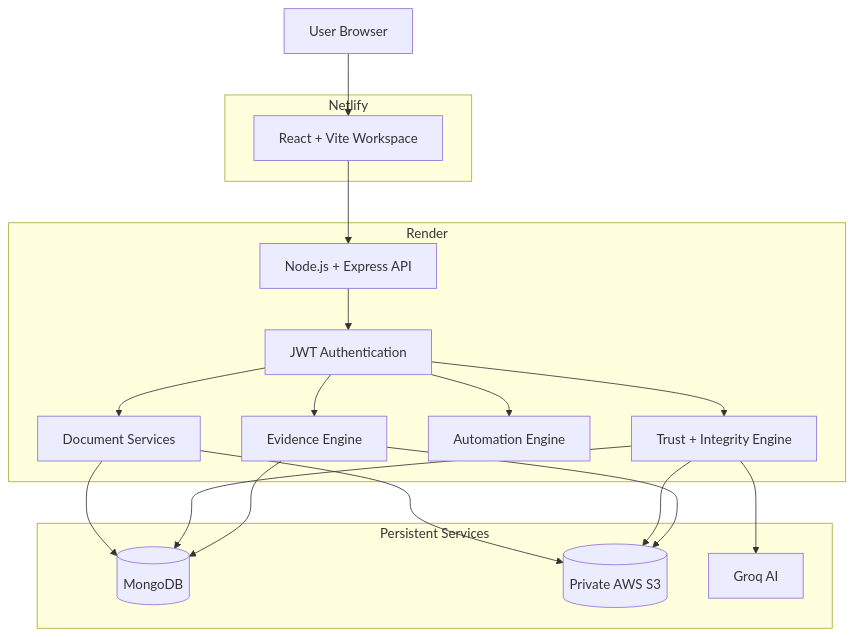
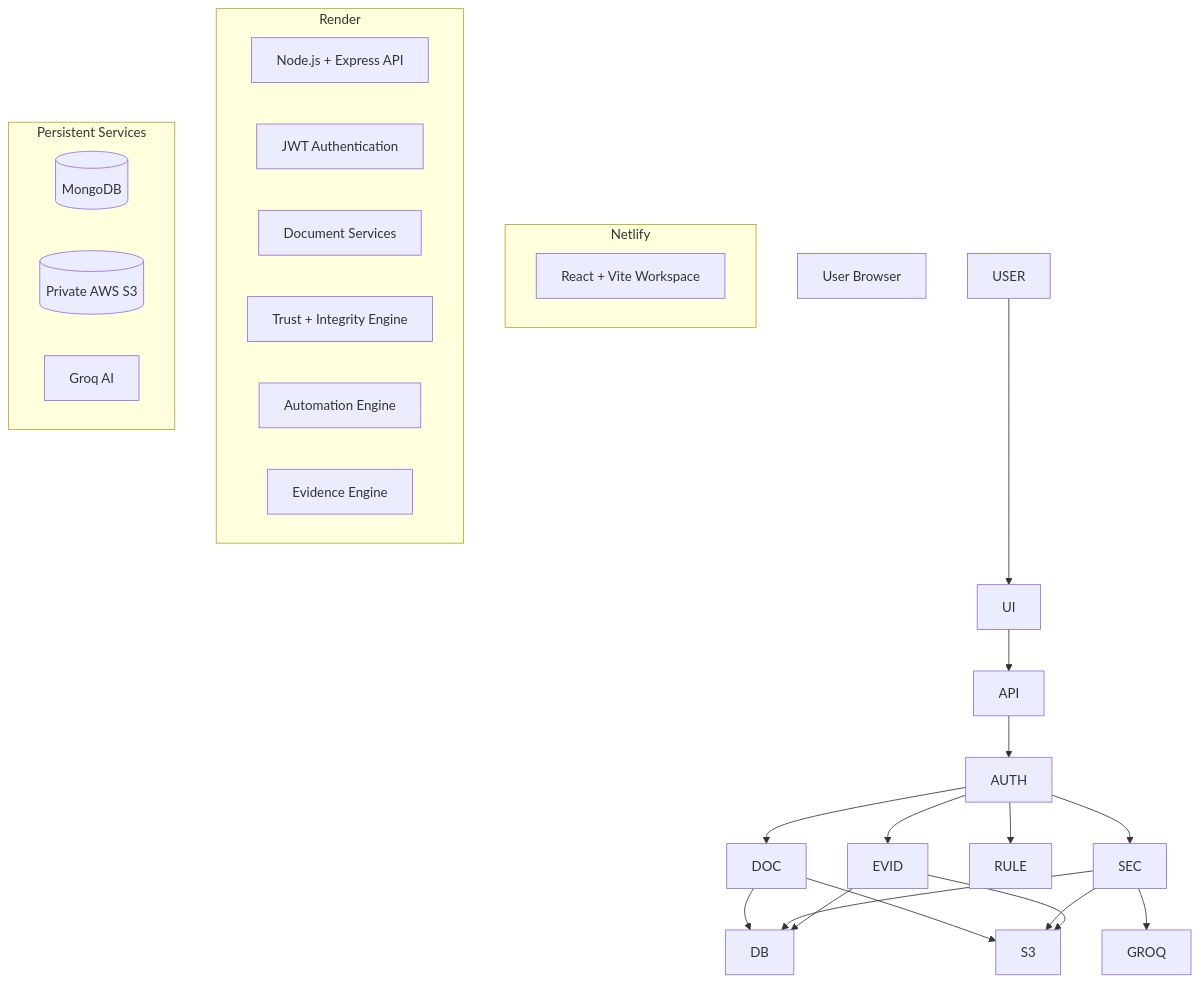
The second of 2 diagrams in README.md (Vishal619-dubey/AutoFlow-AI), drawn with Mermaid before and after one commit. The commit also changed other lines of this file, not shown here.

Commit message:
Update README with Google Sign-In and current architecture

````diff
--- a/README.md
+++ b/README.md
@@ -665,45 +605,45 @@
 ```mermaid
 flowchart TB
 
-    USER[User Browser]
+    USER\[User Browser]
 
-    subgraph FRONTEND[Netlify]
-        UI[React + Vite Workspace]
+    subgraph FRONTEND\[Netlify]
+        UI\[React + Vite Workspace]
     end
 
-    subgraph BACKEND[Render]
-        API[Node.js + Express API]
-        AUTH[JWT Authentication]
-        DOC[Document Services]
-        SEC[Trust + Integrity Engine]
-        RULE[Automation Engine]
-        EVID[Evidence Engine]
+    subgraph BACKEND\[Render]
+        API\[Node.js + Express API]
+        AUTH\[JWT Authentication]
+        DOC\[Document Services]
+        SEC\[Trust + Integrity Engine]
+        RULE\[Automation Engine]
+        EVID\[Evidence Engine]
     end
 
-    subgraph DATA[Persistent Services]
-        DB[(MongoDB)]
-        S3[(Private AWS S3)]
-        GROQ[Groq AI]
+    subgraph DATA\[Persistent Services]
+        DB\[(MongoDB)]
+        S3\[(Private AWS S3)]
+        GROQ\[Groq AI]
     end
 
     USER --> UI
     UI --> API
 
     API --> AUTH
 
     AUTH --> DOC
     AUTH --> SEC
     AUTH --> RULE
     AUTH --> EVID
 
     DOC --> DB
     DOC --> S3
 
     SEC --> DB
     SEC --> S3
 
     EVID --> DB
     EVID --> S3
 
     SEC --> GROQ
 ```
````
